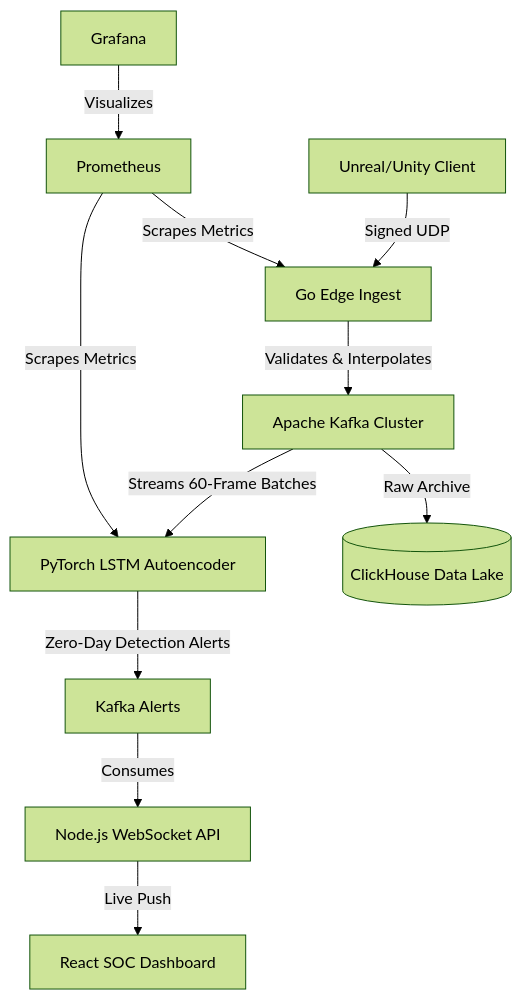
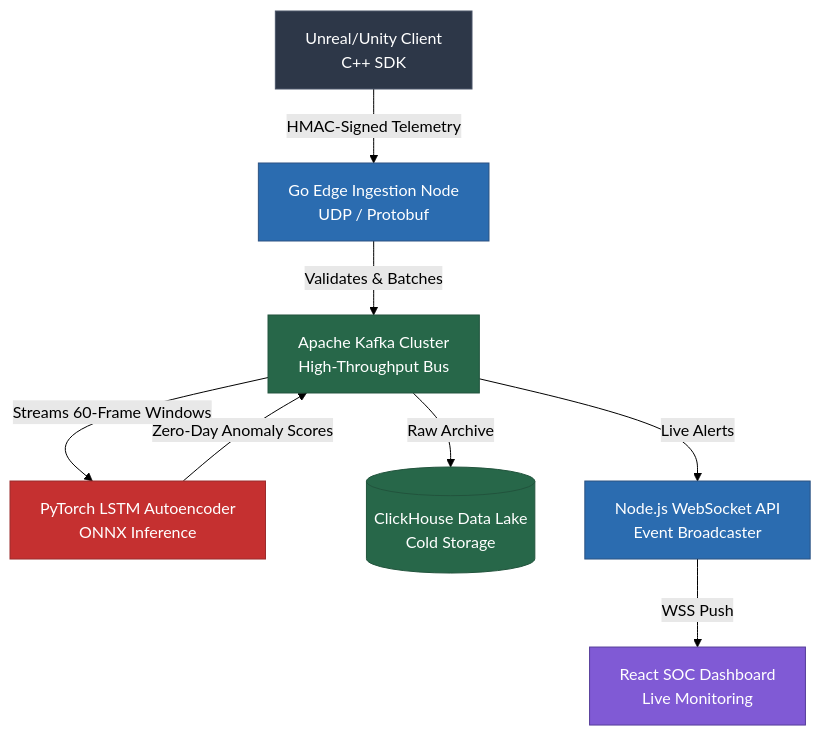
The diagram in README.md (Vishwajeet2005/SentinelX), drawn with Mermaid (forest theme) before and after one commit. The commit also changed other lines of this file, not shown here.

````diff
--- a/README.md
+++ b/README.md
@@ -26,14 +59,27 @@
 ```mermaid
 graph TD
-    Client[Unreal/Unity Client] -->|Signed UDP| Edge[Go Edge Ingest]
-    Edge -->|Validates & Interpolates| Kafka[Apache Kafka Cluster]
-    Kafka -->|Streams 60-Frame Batches| ML[PyTorch LSTM Autoencoder]
-    ML -->|Zero-Day Detection Alerts| AlertTopic[Kafka Alerts]
-    Kafka -->|Raw Archive| CH[(ClickHouse Data Lake)]
-    AlertTopic -->|Consumes| API[Node.js WebSocket API]
-    API -->|Live Push| React[React SOC Dashboard]
-    
-    Prometheus -->|Scrapes Metrics| Edge
-    Prometheus -->|Scrapes Metrics| ML
-    Grafana -->|Visualizes| Prometheus
+    %% Define Styles
+    classDef client fill:#2d3748,stroke:#4a5568,color:#fff
+    classDef ingest fill:#2b6cb0,stroke:#2c5282,color:#fff
+    classDef ml fill:#c53030,stroke:#9b2c2c,color:#fff
+    classDef data fill:#276749,stroke:#22543d,color:#fff
+    classDef ui fill:#805ad5,stroke:#553c9a,color:#fff
+
+    %% Nodes
+    Client[Unreal/Unity Client<br/>C++ SDK]:::client
+    Edge[Go Edge Ingestion Node<br/>UDP / Protobuf]:::ingest
+    Kafka[Apache Kafka Cluster<br/>High-Throughput Bus]:::data
+    ML[PyTorch LSTM Autoencoder<br/>ONNX Inference]:::ml
+    CH[(ClickHouse Data Lake<br/>Cold Storage)]:::data
+    API[Node.js WebSocket API<br/>Event Broadcaster]:::ingest
+    React[React SOC Dashboard<br/>Live Monitoring]:::ui
+
+    %% Edges
+    Client -- "HMAC-Signed Telemetry" --> Edge
+    Edge -- "Validates & Batches" --> Kafka
+    Kafka -- "Streams 60-Frame Windows" --> ML
+    ML -- "Zero-Day Anomaly Scores" --> Kafka
+    Kafka -- "Raw Archive" --> CH
+    Kafka -- "Live Alerts" --> API
+    API -- "WSS Push" --> React
 ```
````
